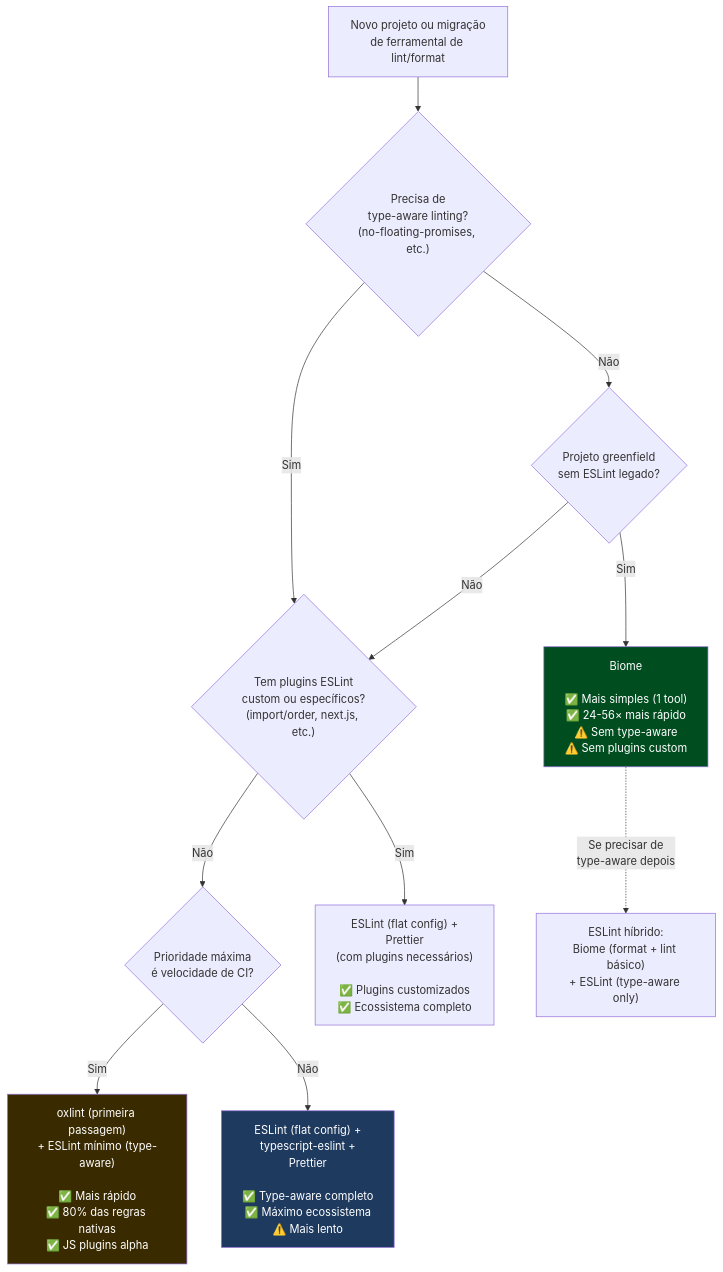
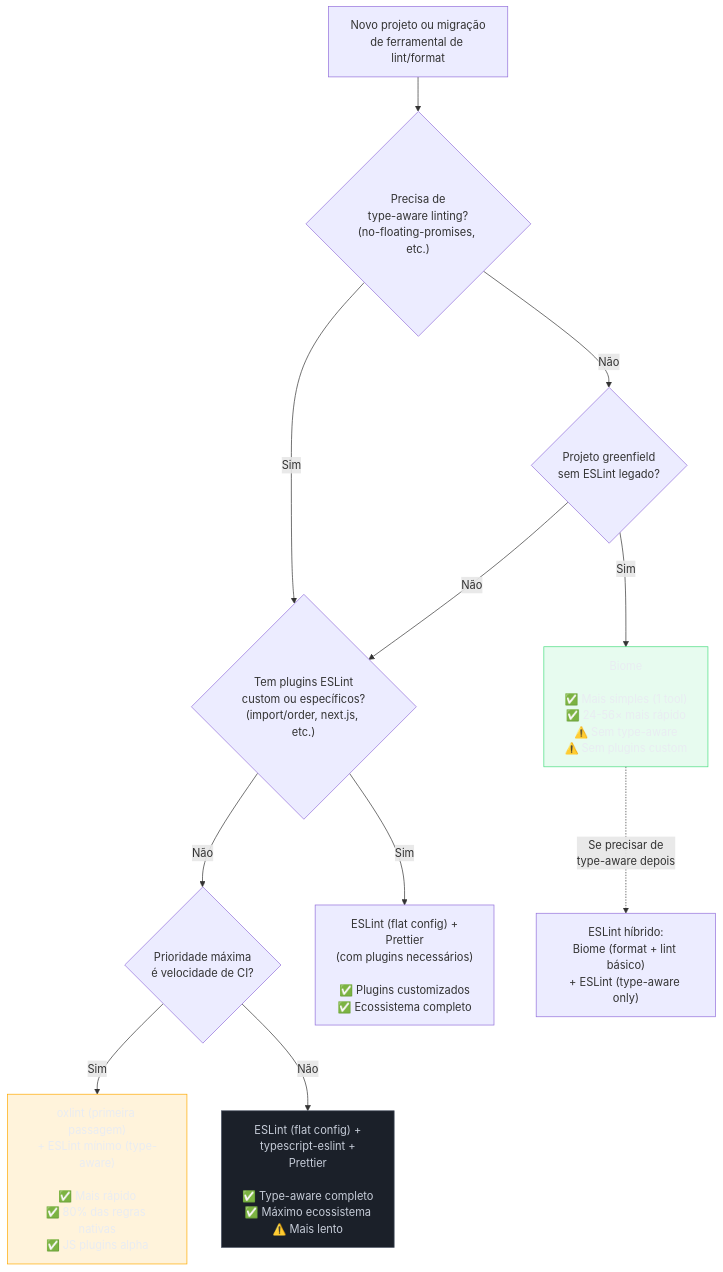
The eighth of 8 diagrams in 03-Dominios/Tecnologia/Tooling e Build/16 - Linting, formatting e git hooks.md (josenaldo/codex-technomanticus), drawn with Mermaid before and after one commit. The commit also changed other lines of this file and 1181 other files, not shown here.

First line of the commit message:
fix(diagramas): paleta do sistema no lugar de cor cravada no markdown

````diff
--- a/03-Dominios/Tecnologia/Tooling e Build/16 - Linting, formatting e git hooks.md
+++ b/03-Dominios/Tecnologia/Tooling e Build/16 - Linting, formatting e git hooks.md
@@ -958,34 +965,37 @@
 ```mermaid
 flowchart TD
+    classDef neutro fill:#1B2029,stroke:#4E5666,color:#C6CCD8
+    classDef ok fill:#4ADE8021,stroke:#4ADE80,color:#E9ECF2
+    classDef destaque fill:#FFAA0024,stroke:#FFAA00,color:#E9ECF2
     START["Novo projeto ou migração\nde ferramental de lint/format"]
 
     Q1{"Precisa de\ntype-aware linting?\n(no-floating-promises, etc.)"}
     Q2{"Tem plugins ESLint\ncustom ou específicos?\n(import/order, next.js, etc.)"}
     Q3{"Prioridade máxima\né velocidade de CI?"}
     Q4{"Projeto greenfield\nsem ESLint legado?"}
 
     A1["ESLint (flat config) +\ntypescript-eslint +\nPrettier\n\n✅ Type-aware completo\n✅ Máximo ecossistema\n⚠️ Mais lento"]
     A2["ESLint (flat config) +\nPrettier\n(com plugins necessários)\n\n✅ Plugins customizados\n✅ Ecossistema completo"]
     A3["oxlint (primeira passagem)\n+ ESLint mínimo (type-aware)\n\n✅ Mais rápido\n✅ 80% das regras nativas\n✅ JS plugins alpha"]
     A4["Biome\n\n✅ Mais simples (1 tool)\n✅ 24-56× mais rápido\n⚠️ Sem type-aware\n⚠️ Sem plugins custom"]
     A5["ESLint híbrido:\nBiome (format + lint básico)\n+ ESLint (type-aware only)"]
 
     START --> Q1
     Q1 -->|Sim| Q2
     Q1 -->|Não| Q4
 
     Q2 -->|Sim| A2
     Q2 -->|Não| Q3
 
     Q3 -->|Sim| A3
     Q3 -->|Não| A1
 
     Q4 -->|Sim| A4
     Q4 -->|Não| Q2
 
     A4 -.->|"Se precisar de\ntype-aware depois"| A5
 
-    style A1 fill:#1e3a5f,color:#fff
-    style A4 fill:#004d20,color:#fff
-    style A3 fill:#3a2a00,color:#fff
+    class A1 neutro
+    class A4 ok
+    class A3 destaque
 ```
````
